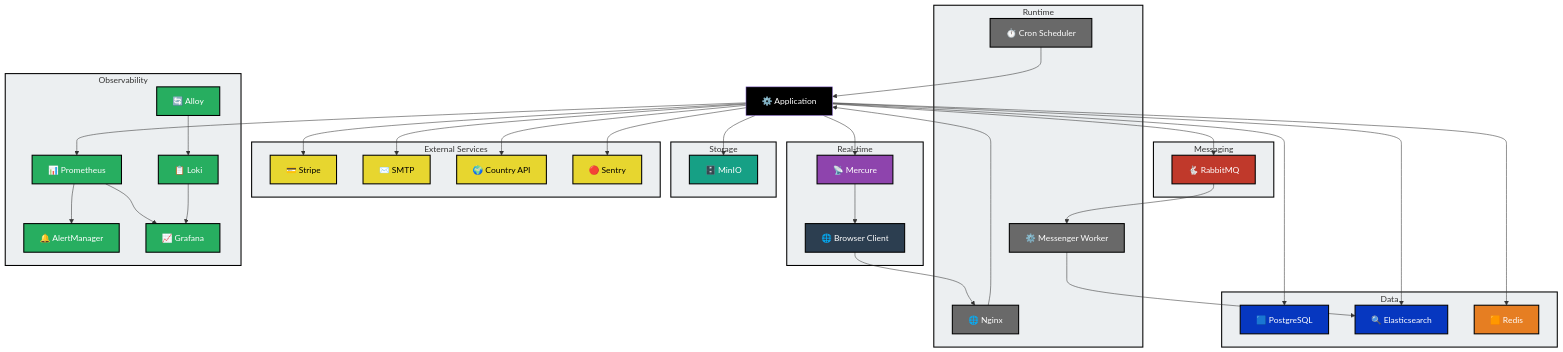
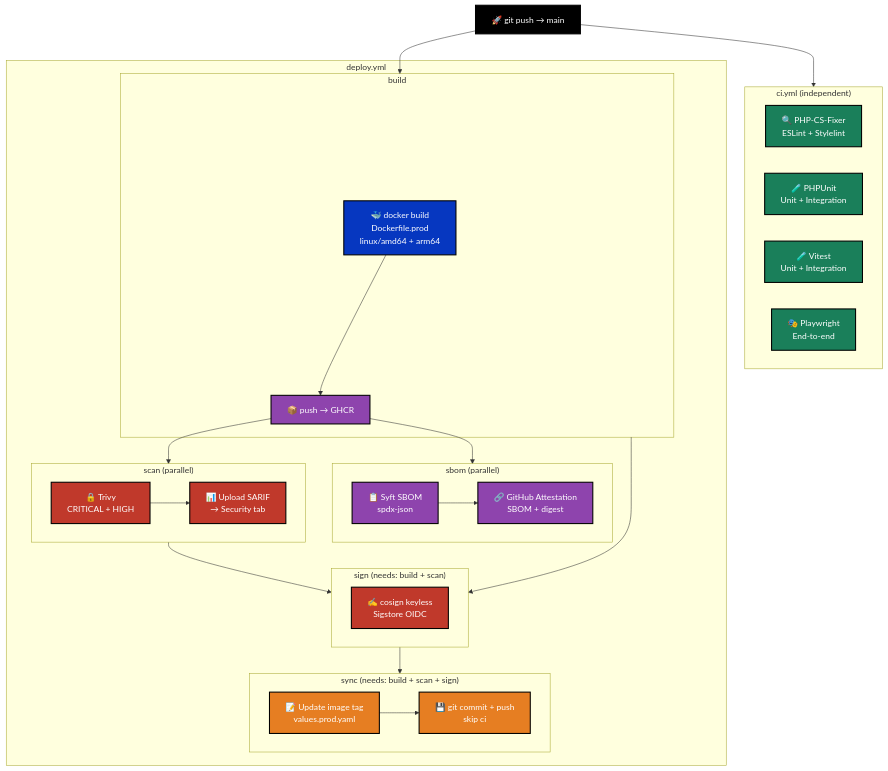
One commit to developer-samuel/levelup-store changed the diagram in docs/diagrams/graphs/architecture/deployment.mmd. Above: the diagram before and after it, drawn with Mermaid. The commit also changed 23 other files, not shown here.

Commit message:
docs: rework architecture diagrams, restructure devops+tools into tooling/, update doc links

```diff
--- a/docs/diagrams/graphs/architecture/deployment.mmd
+++ b/docs/diagrams/graphs/architecture/deployment.mmd
@@ -1,108 +1,65 @@
 graph TD
-    %% Subgraph styles
-    style Runtime fill:#eceff1, stroke:#000, stroke-width:2px;
-    style DataStores fill:#eceff1, stroke:#000, stroke-width:2px;
-    style Messaging fill:#eceff1, stroke:#000, stroke-width:2px;
-    style Storage fill:#eceff1, stroke:#000, stroke-width:2px;
-    style Realtime fill:#eceff1, stroke:#000, stroke-width:2px;
-    style ExternalServices fill:#eceff1, stroke:#000, stroke-width:2px;
-    style Observability fill:#eceff1, stroke:#000, stroke-width:2px;
+    %% CI/CD deployment pipeline - GitHub Actions
+    %% deploy.yml: build → [sbom ∥ scan] → sign → sync
+    %% ci.yml runs independently (same push trigger, not a gate)
 
-    %% Class Styles
-    classDef app fill:#000, color:#fff;
-    classDef runtime fill:#696969, color:#fff, stroke:#000, stroke-width:2px;
-    classDef database fill:#0637c0, color:#fff, stroke:#000, stroke-width:2px;
-    classDef cache fill:#e67e22, color:#fff, stroke:#000, stroke-width:2px;
-    classDef messaging fill:#c0392b, color:#fff, stroke:#000, stroke-width:2px;
-    classDef storage fill:#16a085, color:#fff, stroke:#000, stroke-width:2px;
-    classDef realtime fill:#8e44ad, color:#fff, stroke:#000, stroke-width:2px;
-    classDef client fill:#2c3e50, color:#fff, stroke:#000, stroke-width:2px;
-    classDef external fill:#e7d62f, color:#000, stroke:#000, stroke-width:2px;
-    classDef monitoring fill:#27ae60, color:#fff, stroke:#000, stroke-width:2px;
+    classDef trigger  fill:#000,    color:#fff, stroke:#000, stroke-width:2px;
+    classDef ci       fill:#1a7f5a, color:#fff, stroke:#000, stroke-width:2px;
+    classDef build    fill:#0637c0, color:#fff, stroke:#000, stroke-width:2px;
+    classDef security fill:#c0392b, color:#fff, stroke:#000, stroke-width:2px;
+    classDef sbom     fill:#8e44ad, color:#fff, stroke:#000, stroke-width:2px;
+    classDef registry fill:#8e44ad, color:#fff, stroke:#000, stroke-width:2px;
+    classDef gitops   fill:#e67e22, color:#fff, stroke:#000, stroke-width:2px;
 
-    %% Root
-    App[⚙️ Application]:::app
+    Push[🚀 git push → main]:::trigger
 
-    %% Runtime / Entrypoints
-    subgraph Runtime["Runtime"]
-        Nginx[🌐 Nginx]:::runtime
-        Worker[⚙️ Messenger Worker]:::runtime
-        Cron[⏱️ Cron Scheduler]:::runtime
+    subgraph CIWorkflow["ci.yml  (independent)"]
+        Lint[🔍 PHP-CS-Fixer\nESLint + Stylelint]:::ci
+        PHPUnit[🧪 PHPUnit\nUnit + Integration]:::ci
+        Vitest[🧪 Vitest\nUnit + Integration]:::ci
+        Playwright[🎭 Playwright\nEnd-to-end]:::ci
     end
 
-    %% Data Stores
-    subgraph DataStores["Data"]
-        DB[🟦 PostgreSQL]:::database
-        Search[🔍 Elasticsearch]:::database
-        Cache[🟧 Redis]:::cache
+    subgraph DeployWorkflow["deploy.yml"]
+        subgraph BuildJob["build"]
+            DockerBuild[🐳 docker build\nDockerfile.prod\nlinux/amd64 + arm64]:::build
+            GHCR[📦 push → GHCR]:::registry
+        end
+
+        subgraph SbomJob["sbom  (parallel)"]
+            SBOM[📋 Syft SBOM\nspdx-json]:::sbom
+            Attest[🔗 GitHub Attestation\nSBOM + digest]:::sbom
+        end
+
+        subgraph ScanJob["scan  (parallel)"]
+            Trivy[🔒 Trivy\nCRITICAL + HIGH]:::security
+            SARIF[📊 Upload SARIF\n→ Security tab]:::security
+        end
+
+        subgraph SignJob["sign  (needs: build + scan)"]
+            Cosign[✍️ cosign keyless\nSigstore OIDC]:::security
+        end
+
+        subgraph SyncJob["sync  (needs: build + scan + sign)"]
+            ValuesUpdate[📝 Update image tag\nvalues.prod.yaml]:::gitops
+            GitCommit[💾 git commit + push\nskip ci]:::gitops
+        end
     end
 
-    %% Message Broker
-    subgraph Messaging["Messaging"]
-        Queue[🐇 RabbitMQ]:::messaging
-    end
+    Push --> CIWorkflow
+    Push --> BuildJob
 
-    %% Object Storage
-    subgraph Storage["Storage"]
-        MinIO[🗄️ MinIO]:::storage
-    end
+    DockerBuild --> GHCR
 
-    %% Real-time
-    subgraph Realtime["Real-time"]
-        Mercure[📡 Mercure]:::realtime
-        Browser[🌐 Browser Client]:::client
-    end
+    GHCR --> SbomJob
+    GHCR --> ScanJob
 
-    %% External Services
-    subgraph ExternalServices["External Services"]
-        Stripe[💳 Stripe]:::external
-        SMTP[✉️ SMTP]:::external
-        CountryAPI[🌍 Country API]:::external
-        Sentry[🔴 Sentry]:::external
-    end
+    SBOM --> Attest
 
-    %% Observability
-    subgraph Observability["Observability"]
-        Prometheus[📊 Prometheus]:::monitoring
-        Loki[📋 Loki]:::monitoring
-        Alloy[🔄 Alloy]:::monitoring
-        AlertManager[🔔 AlertManager]:::monitoring
-        Grafana[📈 Grafana]:::monitoring
-    end
+    ScanJob  --> SignJob
+    BuildJob --> SignJob
 
-    %% HTTP request flow
-    Browser --> Nginx
-    Nginx --> App
+    Trivy --> SARIF
 
-    %% App → Data
-    App --> DB
-    App --> Search
-    App --> Cache
-    App --> MinIO
-
-    %% App → Messaging
-    App --> Queue
-
-    %% Worker: consumes queue, indexes into Elasticsearch
-    Queue --> Worker
-    Worker --> Search
-
-    %% Real-time: App publishes, browser subscribes
-    App --> Mercure
-    Mercure --> Browser
-
-    %% Scheduled tasks
-    Cron --> App
-
-    %% External APIs
-    App --> Stripe
-    App --> SMTP
-    App --> CountryAPI
-    App --> Sentry
-
-    %% Observability pipeline
-    App --> Prometheus
-    Alloy --> Loki
-    Prometheus --> AlertManager
-    Prometheus --> Grafana
-    Loki --> Grafana
+    SignJob --> SyncJob
+    ValuesUpdate --> GitCommit
```
